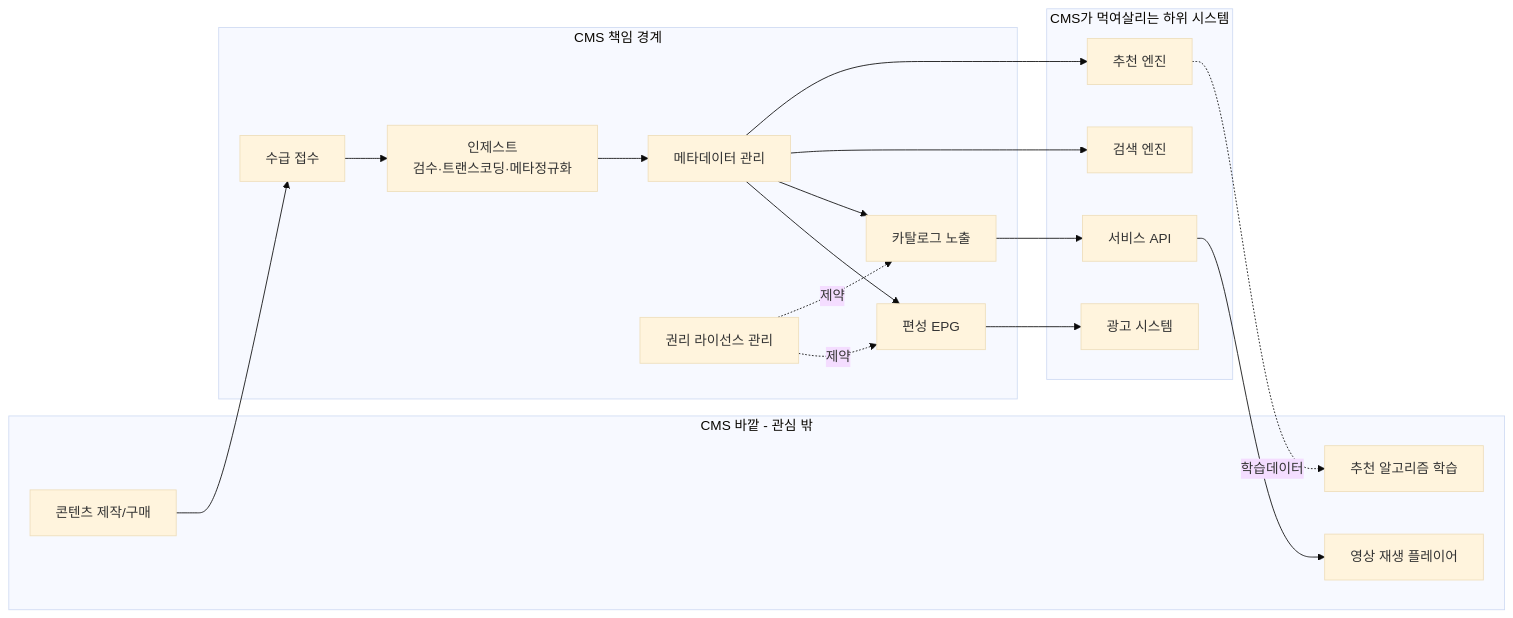
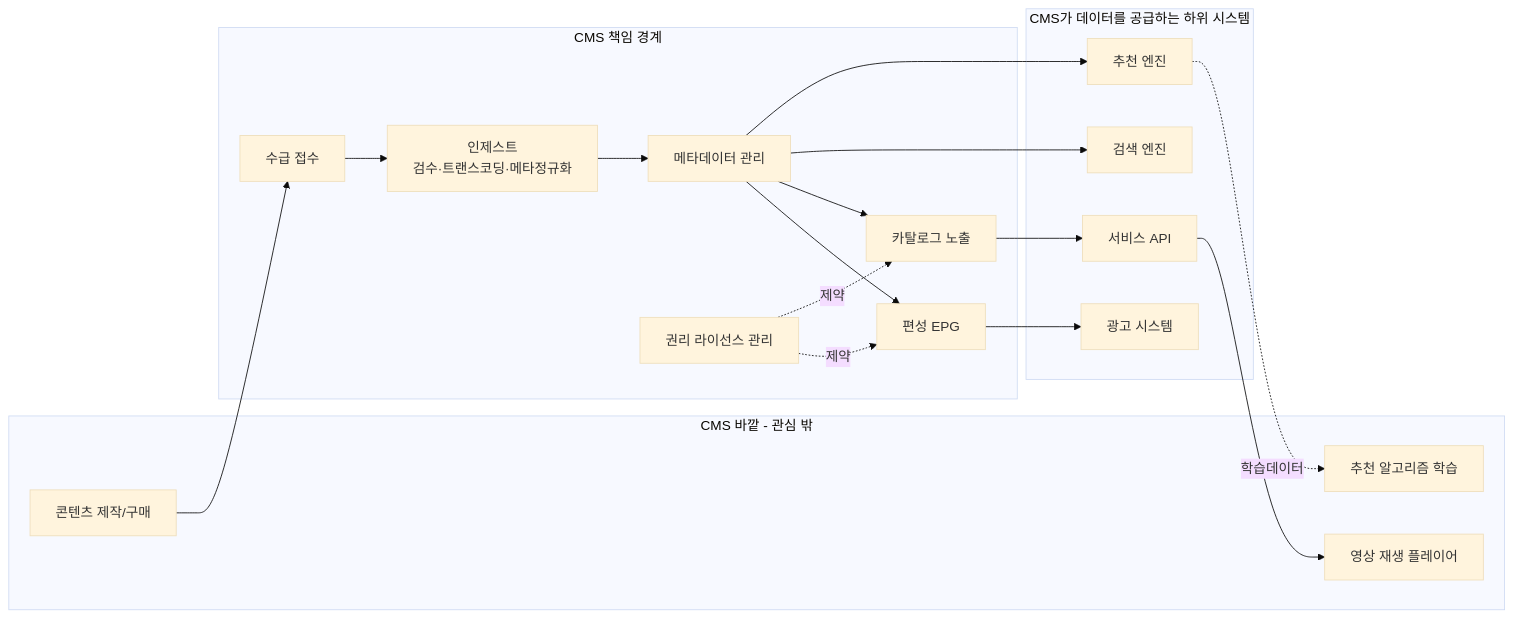
Before and after one commit to withwooyong/withwooyong.github.io: the first of 20 diagrams in pages/product-lead-loadmap/01_CMS.md, drawn with Mermaid (base theme). The commit also changed other lines of this file and 16 other files, not shown here.

````diff
--- a/pages/product-lead-loadmap/01_CMS.md
+++ b/pages/product-lead-loadmap/01_CMS.md
@@ -42,36 +44,36 @@
 ```mermaid
 flowchart LR
     subgraph OUT["CMS 바깥 - 관심 밖"]
         A1["콘텐츠 제작/구매"]
         A2["영상 재생 플레이어"]
         A3["추천 알고리즘 학습"]
     end
 
     subgraph CMS["CMS 책임 경계"]
         B1["수급 접수"]
         B2["인제스트<br/>검수·트랜스코딩·메타정규화"]
         B3["메타데이터 관리"]
         B4["편성 EPG"]
         B5["카탈로그 노출"]
         B6["권리 라이선스 관리"]
     end
 
-    subgraph DOWN["CMS가 먹여살리는 하위 시스템"]
+    subgraph DOWN["CMS가 데이터를 공급하는 하위 시스템"]
         C1["검색 엔진"]
         C2["추천 엔진"]
         C3["서비스 API"]
         C4["광고 시스템"]
     end
 
     A1 --> B1 --> B2 --> B3
     B3 --> B4
     B3 --> B5
     B6 -.제약.-> B4
     B6 -.제약.-> B5
     B3 --> C1
     B3 --> C2
     B5 --> C3
     B4 --> C4
     C3 --> A2
     C2 -.학습데이터.-> A3
 ```
````
